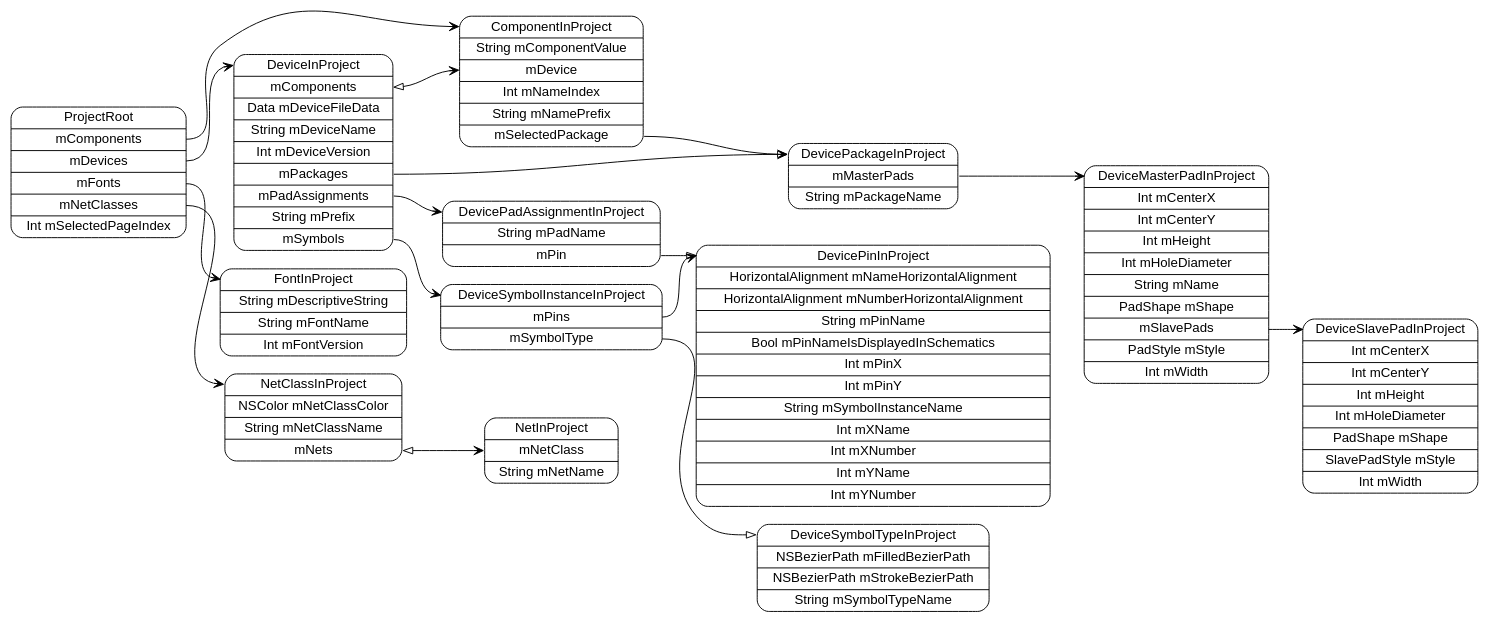
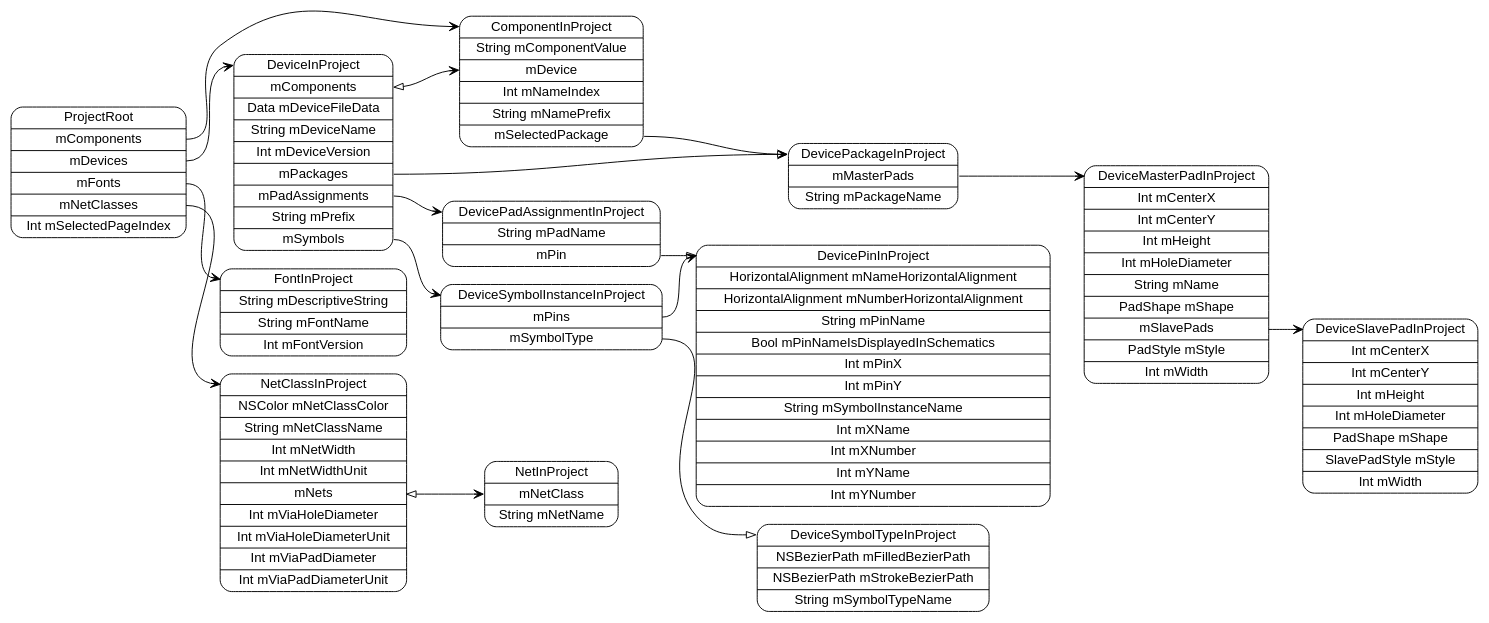
Before and after one commit to pierremolinaro/ElCanari-dev: the diagram in models/ProjectRoot.dot, drawn with Graphviz. The commit also changed 16 other files, not shown here.

Commit message:
Project : net class edition

```diff
--- a/models/ProjectRoot.dot
+++ b/models/ProjectRoot.dot
@@ -1,32 +1,32 @@
 digraph G {
   rankdir=LR ;
   node [shape=record fontname=helvetica style=rounded] ;
   ProjectRoot[label="<ProjectRoot>ProjectRoot|<mComponents>mComponents|<mDevices>mDevices|<mFonts>mFonts|<mNetClasses>mNetClasses|Int mSelectedPageIndex"] ;
-  NetClassInProject[label="<NetClassInProject>NetClassInProject|NSColor mNetClassColor|String mNetClassName|<mNets>mNets"] ;
+  NetClassInProject[label="<NetClassInProject>NetClassInProject|NSColor mNetClassColor|String mNetClassName|Int mNetWidth|Int mNetWidthUnit|<mNets>mNets|Int mViaHoleDiameter|Int mViaHoleDiameterUnit|Int mViaPadDiameter|Int mViaPadDiameterUnit"] ;
   NetInProject[label="<NetInProject>NetInProject|<mNetClass>mNetClass|String mNetName"] ;
   FontInProject[label="<FontInProject>FontInProject|String mDescriptiveString|String mFontName|Int mFontVersion"] ;
   DeviceInProject[label="<DeviceInProject>DeviceInProject|<mComponents>mComponents|Data mDeviceFileData|String mDeviceName|Int mDeviceVersion|<mPackages>mPackages|<mPadAssignments>mPadAssignments|String mPrefix|<mSymbols>mSymbols"] ;
   DeviceSymbolInstanceInProject[label="<DeviceSymbolInstanceInProject>DeviceSymbolInstanceInProject|<mPins>mPins|<mSymbolType>mSymbolType"] ;
   DeviceSymbolTypeInProject[label="<DeviceSymbolTypeInProject>DeviceSymbolTypeInProject|NSBezierPath mFilledBezierPath|NSBezierPath mStrokeBezierPath|String mSymbolTypeName"] ;
   DevicePinInProject[label="<DevicePinInProject>DevicePinInProject|HorizontalAlignment mNameHorizontalAlignment|HorizontalAlignment mNumberHorizontalAlignment|String mPinName|Bool mPinNameIsDisplayedInSchematics|Int mPinX|Int mPinY|String mSymbolInstanceName|Int mXName|Int mXNumber|Int mYName|Int mYNumber"] ;
   DevicePadAssignmentInProject[label="<DevicePadAssignmentInProject>DevicePadAssignmentInProject|String mPadName|<mPin>mPin"] ;
   DevicePackageInProject[label="<DevicePackageInProject>DevicePackageInProject|<mMasterPads>mMasterPads|String mPackageName"] ;
   DeviceMasterPadInProject[label="<DeviceMasterPadInProject>DeviceMasterPadInProject|Int mCenterX|Int mCenterY|Int mHeight|Int mHoleDiameter|String mName|PadShape mShape|<mSlavePads>mSlavePads|PadStyle mStyle|Int mWidth"] ;
   DeviceSlavePadInProject[label="<DeviceSlavePadInProject>DeviceSlavePadInProject|Int mCenterX|Int mCenterY|Int mHeight|Int mHoleDiameter|PadShape mShape|SlavePadStyle mStyle|Int mWidth"] ;
   ComponentInProject[label="<ComponentInProject>ComponentInProject|String mComponentValue|<mDevice>mDevice|Int mNameIndex|String mNamePrefix|<mSelectedPackage>mSelectedPackage"] ;
   ProjectRoot:mComponents -> ComponentInProject:ComponentInProject [dir=both arrowtail=none arrowhead=vee] ;
   ProjectRoot:mDevices -> DeviceInProject:DeviceInProject [dir=both arrowtail=none arrowhead=vee] ;
   ProjectRoot:mFonts -> FontInProject:FontInProject [dir=both arrowtail=none arrowhead=vee] ;
   ProjectRoot:mNetClasses -> NetClassInProject:NetClassInProject [dir=both arrowtail=none arrowhead=vee] ;
   NetClassInProject:mNets -> NetInProject:mNetClass [dir=both arrowtail=onormal arrowhead=vee] ;
   DeviceInProject:mComponents -> ComponentInProject:mDevice [dir=both arrowtail=onormal arrowhead=vee] ;
   DeviceInProject:mPackages -> DevicePackageInProject:DevicePackageInProject [dir=both arrowtail=none arrowhead=vee] ;
   DeviceInProject:mPadAssignments -> DevicePadAssignmentInProject:DevicePadAssignmentInProject [dir=both arrowtail=none arrowhead=vee] ;
   DeviceInProject:mSymbols -> DeviceSymbolInstanceInProject:DeviceSymbolInstanceInProject [dir=both arrowtail=none arrowhead=vee] ;
   DeviceSymbolInstanceInProject:mPins -> DevicePinInProject:DevicePinInProject [dir=both arrowtail=none arrowhead=vee] ;
   DeviceSymbolInstanceInProject:mSymbolType -> DeviceSymbolTypeInProject:DeviceSymbolTypeInProject [dir=both arrowtail=none arrowhead=onormal] ;
   DevicePadAssignmentInProject:mPin -> DevicePinInProject:DevicePinInProject [dir=both arrowtail=none arrowhead=onormal] ;
   DevicePackageInProject:mMasterPads -> DeviceMasterPadInProject:DeviceMasterPadInProject [dir=both arrowtail=none arrowhead=vee] ;
   DeviceMasterPadInProject:mSlavePads -> DeviceSlavePadInProject:DeviceSlavePadInProject [dir=both arrowtail=none arrowhead=vee] ;
   ComponentInProject:mSelectedPackage -> DevicePackageInProject:DevicePackageInProject [dir=both arrowtail=none arrowhead=onormal] ;
 }
```
